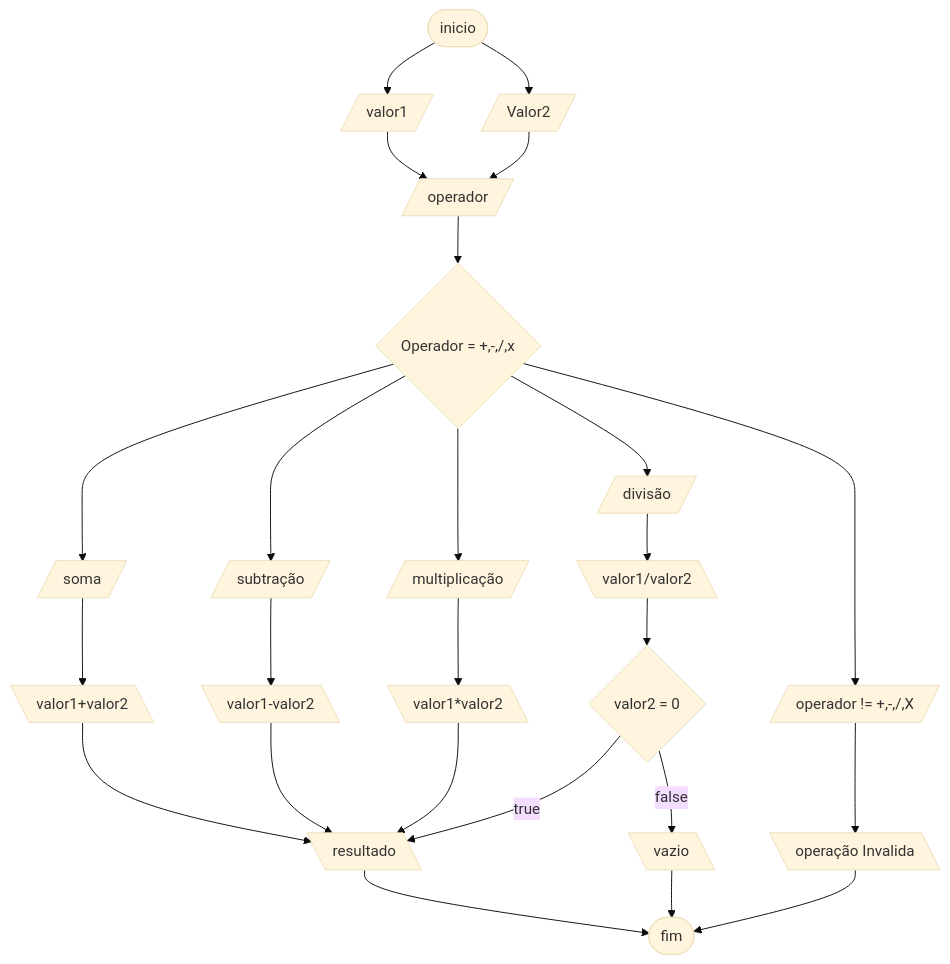
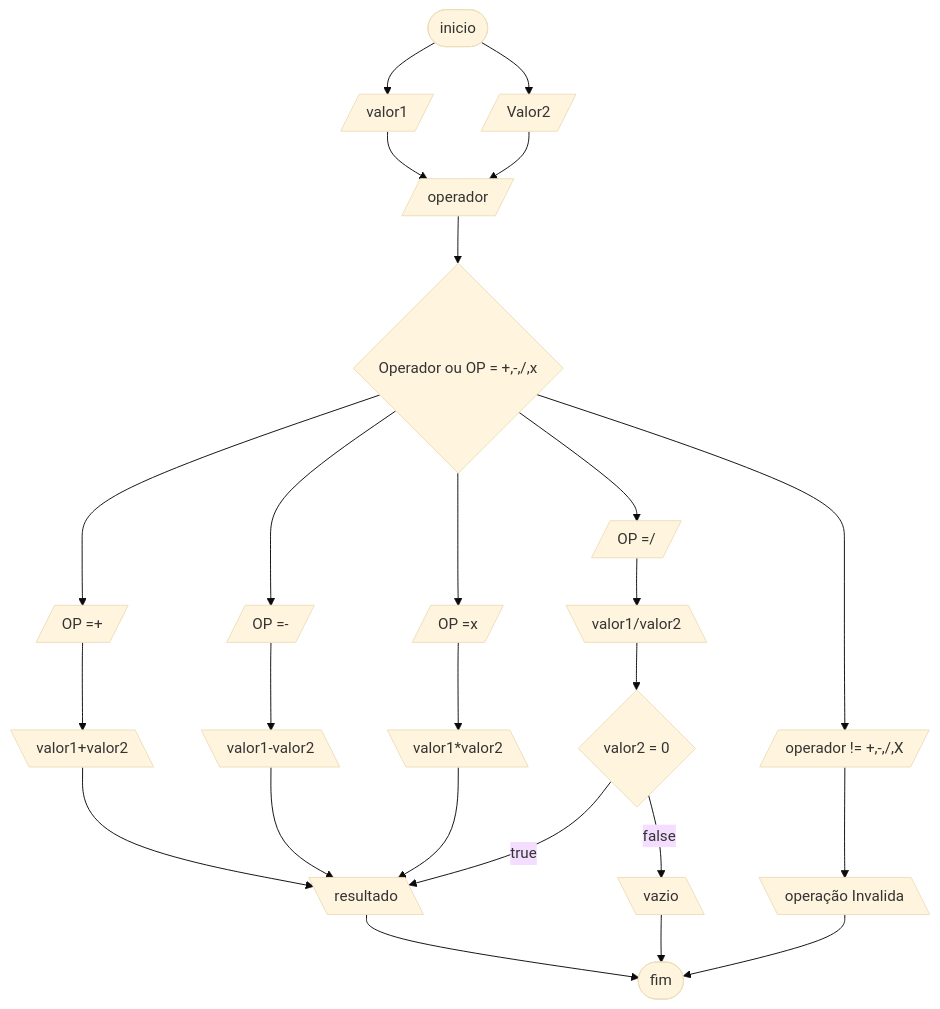
Before and after one commit to jcamauricio2006-boop/mini-projetos: the diagram in calculadoraJS/fluxograma-001.md, drawn with Mermaid (base theme).

````diff
--- a/calculadoraJS/fluxograma-001.md
+++ b/calculadoraJS/fluxograma-001.md
@@ -2,47 +2,47 @@
 ```mermaid
 graph TD
 A([inicio])
 C[/valor1/]
 D[/Valor2/]
 B([fim])
-E{Operador = +,-,/,x}
-F[/soma/]
-G[/subtração/]
-H[/divisão/]
-I[/multiplicação/]
+E{Operador ou OP = +,-,/,x}
+F[/OP =+/]
+G[/OP =-/]
+H[/OP =//]
+I[/OP =x/]
 J[\operação Invalida\]
 K[\vazio\]
 L[\valor1+valor2\]
 M[\valor1-valor2\]
 N[\valor1*valor2\]
 O[\valor1/valor2\]
 P{valor2 = 0}
 R[\resultado\]
 S[/operador != +,-,/,X/]
 T[/operador/]
 
 A--> C
 A--> D
 E--> F
 E --> G
 E--> H
 E --> I
 F--> L
 G-->M
 H-->O
 O-->P
 P --false--> K
 I-->N
 L --> R
 M -->R
 N--> R
 P --true --> R
 E --> S
 S--> J
 C--> T
 D--> T
 R--> B
 T-->E
 K-->B
 J-->B
 ```
````
